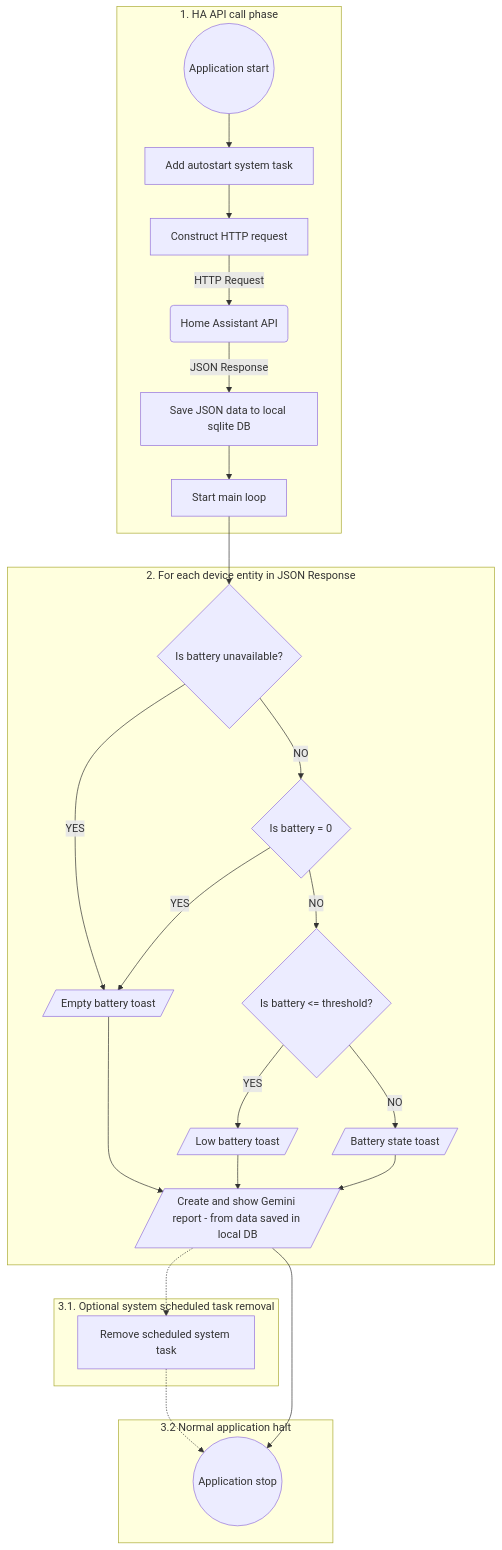
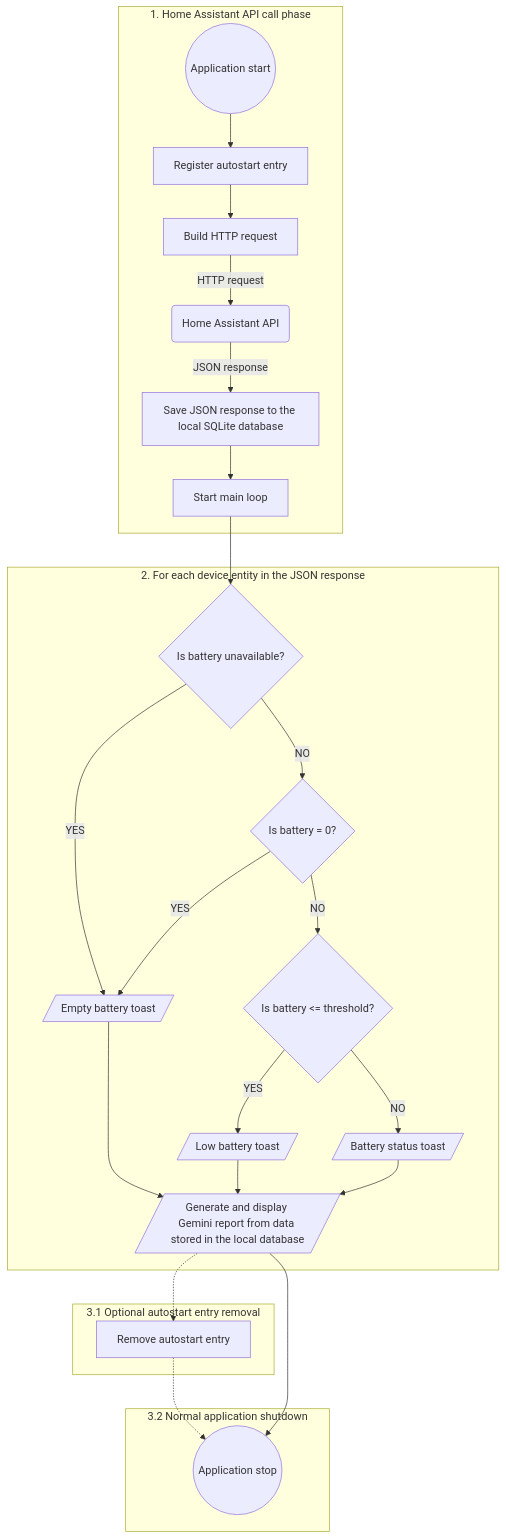
Before and after one commit to ToMiDevelop/HABatteryCheckerForWindows: the diagram in README.md, drawn with Mermaid. The commit also changed other lines of this file and 1 other file, not shown here.

````diff
--- a/README.md
+++ b/README.md
@@ -51,44 +72,44 @@
 ```mermaid
 graph TD
 Start((Application start))
 Stop((Application stop))
-TaskOn[Add autostart system task]
-TaskOff[Remove scheduled system task]
-ConstructRequest[Construct HTTP request]
+TaskOn[Register autostart entry]
+TaskOff[Remove autostart entry]
+ConstructRequest[Build HTTP request]
 Api(Home Assistant API)
 BatUnav{Is battery unavailable?};
 Low@{shape: lean-r, label: "Low battery toast"}
-Full@{shape: lean-r, label: "Battery state toast"}
+Full@{shape: lean-r, label: "Battery status toast"}
 Empty@{shape: lean-r, label: "Empty battery toast"}
-Zero{Is battery = 0}
+Zero{Is battery = 0?}
 Threshold{Is battery <= threshold?}
 Loop[Start main loop]
-Gemini@{shape: lean-r, label: 'Create and show Gemini report - from data saved in local DB'}
-LocalDB[Save JSON data to local sqlite DB]
-subgraph start [1. HA API call phase]
+Gemini@{shape: lean-r, label: "Generate and display Gemini report from data stored in the local database"}
+LocalDB[Save JSON response to the local SQLite database]
+subgraph start [1. Home Assistant API call phase]
     Start --> TaskOn
     TaskOn --> ConstructRequest
-    ConstructRequest -->|HTTP Request| Api
-    Api -->|JSON Response| LocalDB
+    ConstructRequest -->|HTTP request| Api
+    Api -->|JSON response| LocalDB
     LocalDB --> Loop
 end
-subgraph for [2. For each device entity in JSON Response]
+subgraph for [2. For each device entity in the JSON response]
     Loop --> BatUnav
     BatUnav -->|YES| Empty
     BatUnav -->|NO| Zero
     Zero -->|YES| Empty
     Zero -->|NO| Threshold
     Threshold -->|YES| Low
     Threshold -->|NO| Full
     Empty --> Gemini
     Low --> Gemini
     Full --> Gemini
 end
-subgraph optional [3.1. Optional system scheduled task removal]
+subgraph optional [3.1 Optional autostart entry removal]
     Gemini -.-> TaskOff
 end
-subgraph normal [3.2 Normal application halt]
+subgraph normal [3.2 Normal application shutdown]
     TaskOff -.-> Stop
     Gemini --> Stop
 end
 ```
````
